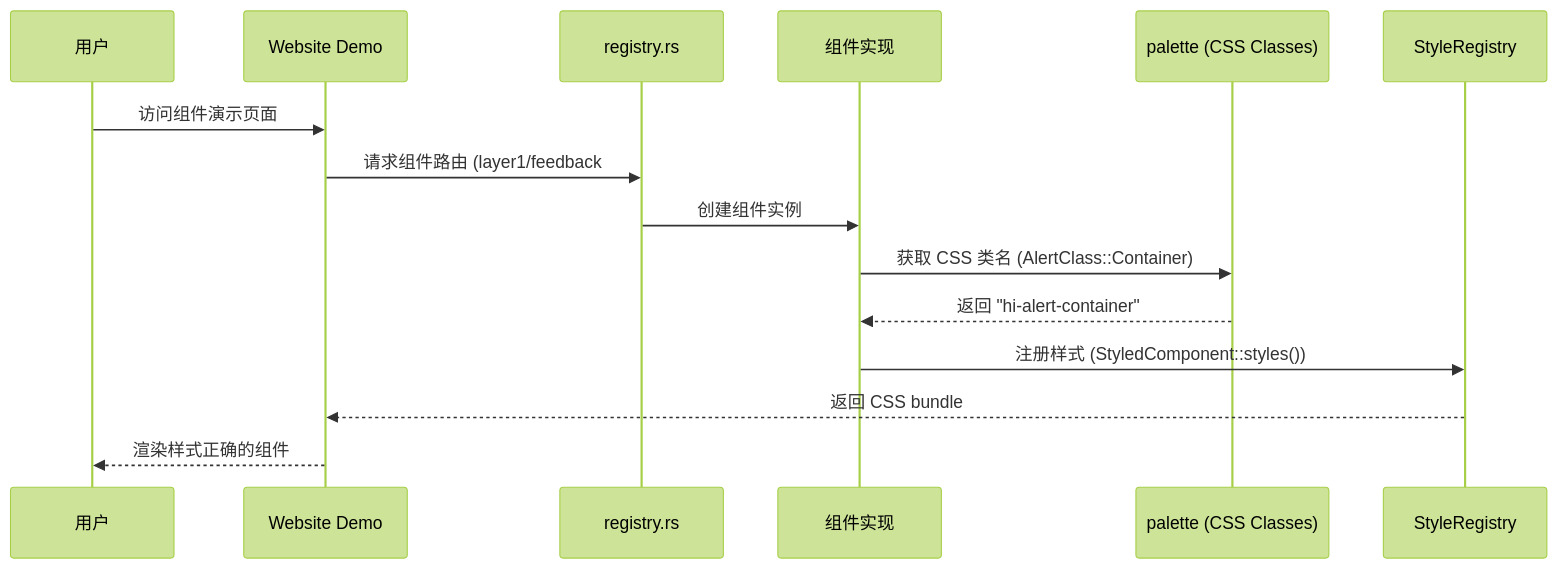
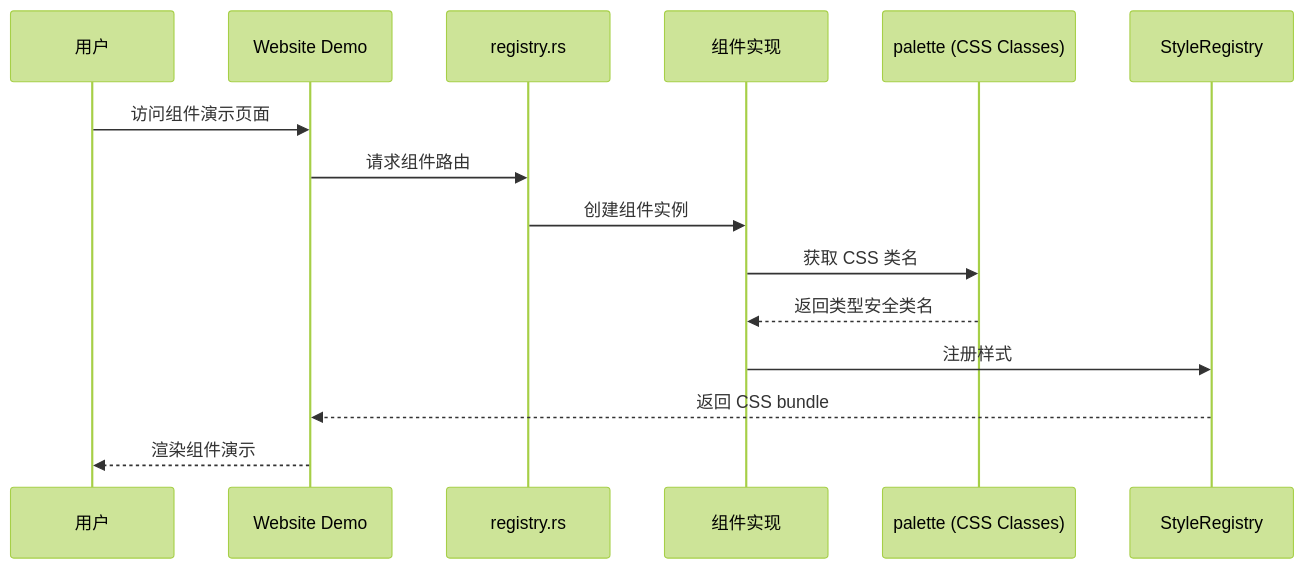
Before and after one commit to celestia-island/hikari: the diagram in PLAN.md, drawn with Mermaid (forest theme). The commit also changed other lines of this file and 6 other files, not shown here.

First line of the commit message:
fix: add hover state to Tooltip, StyledComponent to Stepper, update docs

````diff
--- a/PLAN.md
+++ b/PLAN.md
@@ -30,18 +32,18 @@
 ```mermaid
 sequenceDiagram
     participant User as 用户
     participant Website as Website Demo
     participant Registry as registry.rs
     participant Component as 组件实现
     participant Palette as palette (CSS Classes)
     participant StyleRegistry as StyleRegistry
 
     User->>Website: 访问组件演示页面
-    Website->>Registry: 请求组件路由 (layer1/feedback#alert)
+    Website->>Registry: 请求组件路由
     Registry->>Component: 创建组件实例
-    Component->>Palette: 获取 CSS 类名 (AlertClass::Container)
-    Palette-->>Component: 返回 "hi-alert-container"
-    Component->>StyleRegistry: 注册样式 (StyledComponent::styles())
+    Component->>Palette: 获取 CSS 类名
+    Palette-->>Component: 返回类型安全类名
+    Component->>StyleRegistry: 注册样式
     StyleRegistry-->>Website: 返回 CSS bundle
-    Website-->>User: 渲染样式正确的组件
+    Website-->>User: 渲染组件演示
 ```
````
